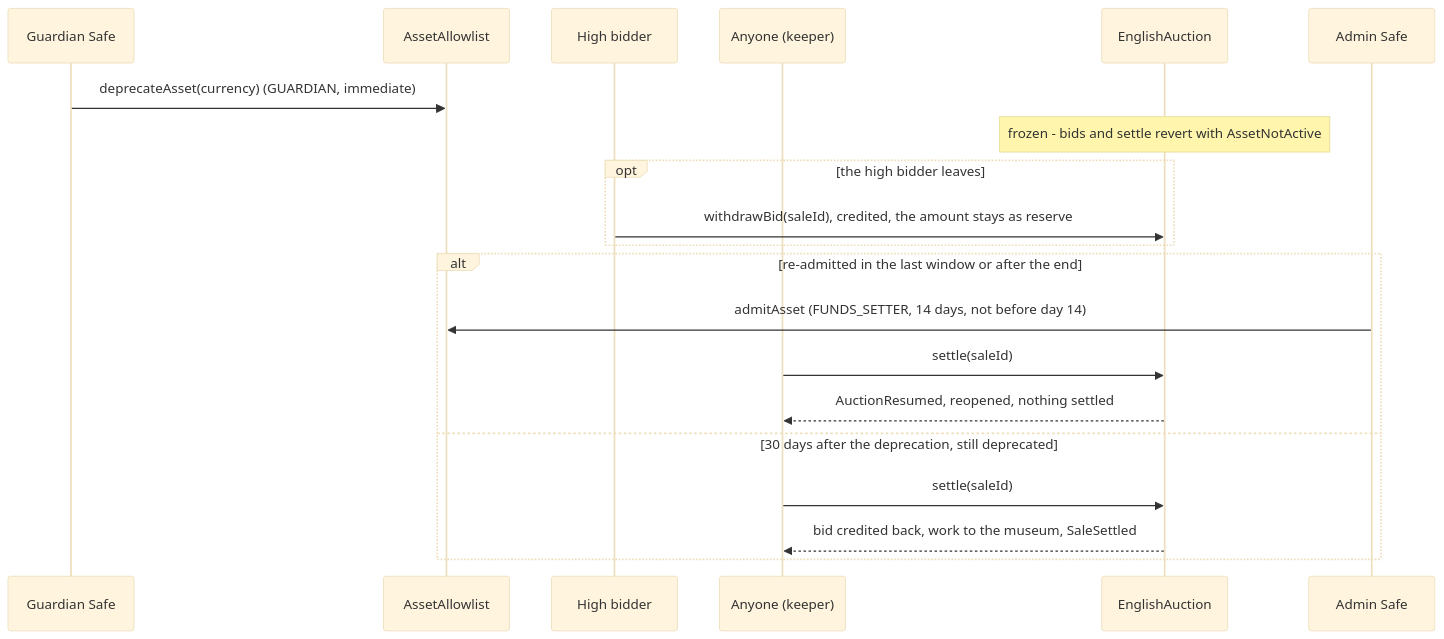
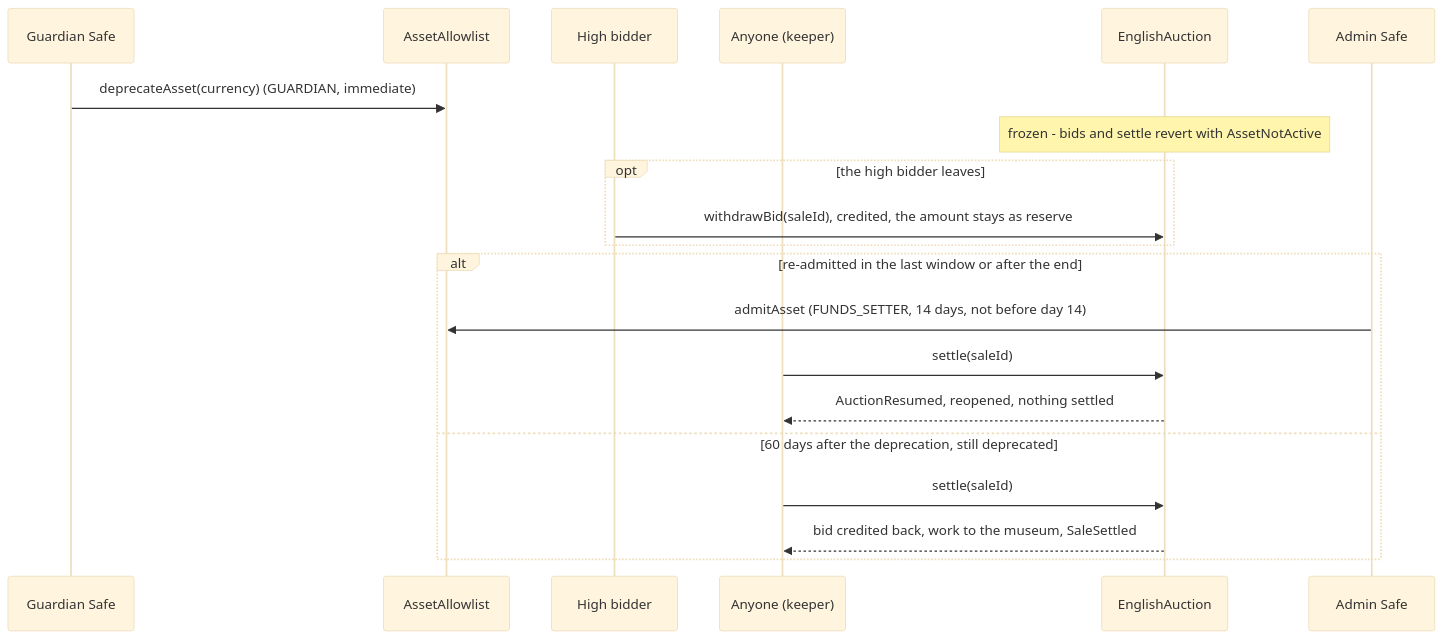
One commit to 6529-Collections/6529-works changed the eighth of 12 diagrams in docs/spec/stream-and-auctions.md. Above: the diagram before and after it, drawn with Mermaid (base theme). The commit also changed other lines of this file and 82 other files, not shown here.

````diff
--- a/docs/spec/stream-and-auctions.md
+++ b/docs/spec/stream-and-auctions.md
@@ -537,22 +544,22 @@
 ```mermaid
 sequenceDiagram
     participant Guardian as Guardian Safe
     participant Allowlist as AssetAllowlist
     participant Bidder as High bidder
     participant Keeper as Anyone (keeper)
     participant Auction as EnglishAuction
     participant Admin as Admin Safe
     Guardian->>Allowlist: deprecateAsset(currency) (GUARDIAN, immediate)
     Note over Auction: frozen - bids and settle revert with AssetNotActive
     opt the high bidder leaves
         Bidder->>Auction: withdrawBid(saleId), credited, the amount stays as reserve
     end
     alt re-admitted in the last window or after the end
         Admin->>Allowlist: admitAsset (FUNDS_SETTER, 14 days, not before day 14)
         Keeper->>Auction: settle(saleId)
         Auction-->>Keeper: AuctionResumed, reopened, nothing settled
-    else 30 days after the deprecation, still deprecated
+    else 60 days after the deprecation, still deprecated
         Keeper->>Auction: settle(saleId)
         Auction-->>Keeper: bid credited back, work to the museum, SaleSettled
     end
 ```
````
